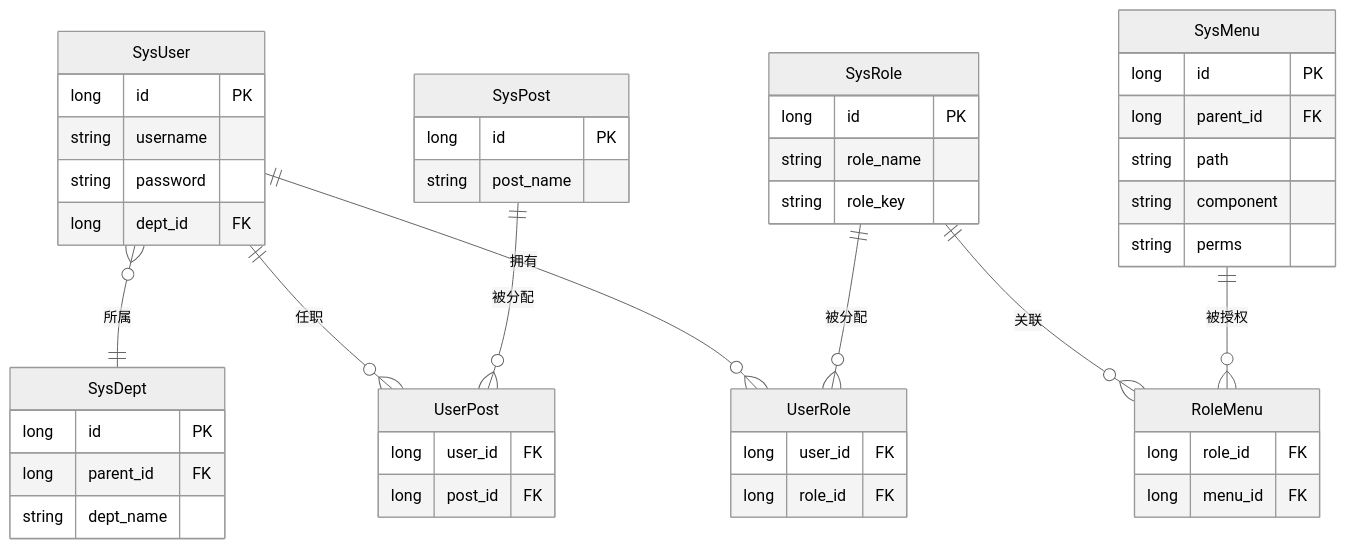
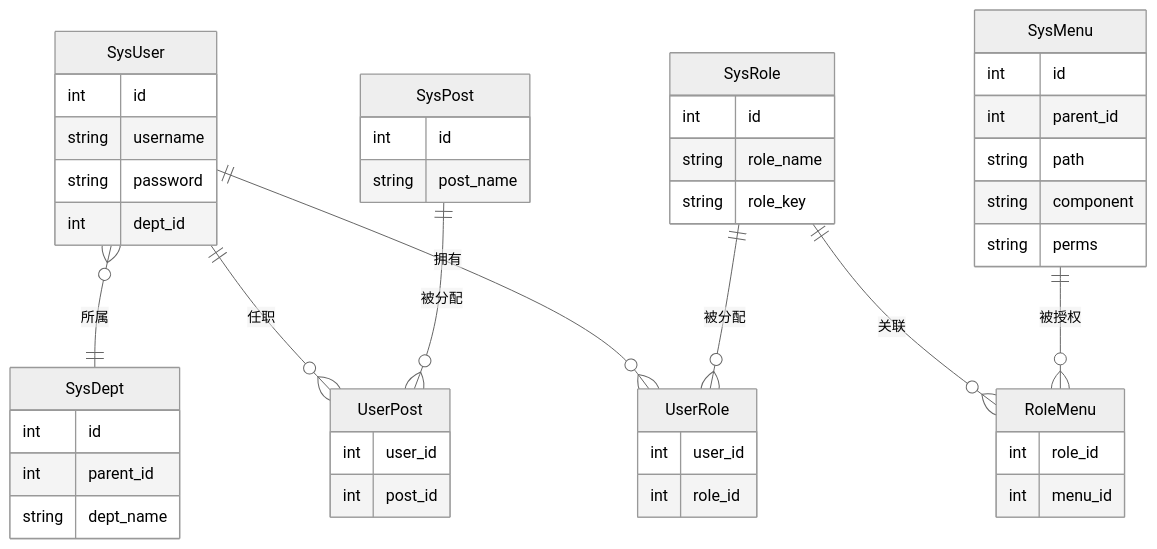
The second of 4 diagrams in doc/架构图与流程图.md (xinxin-star1998/star-pivot), drawn with Mermaid (neutral theme) before and after one commit. The commit also changed 7 other files, not shown here.

````diff
--- a/doc/架构图与流程图.md
+++ b/doc/架构图与流程图.md
@@ -110,57 +110,57 @@
 ```mermaid
 erDiagram
     SysUser ||--o{ UserRole : 拥有
     SysRole ||--o{ UserRole : 被分配
     SysRole ||--o{ RoleMenu : 关联
     SysMenu ||--o{ RoleMenu : 被授权
     SysUser ||--o{ UserPost : 任职
     SysPost ||--o{ UserPost : 被分配
     SysUser }o--|| SysDept : 所属
 
     SysUser {
-        long id PK
+        int id
         string username
         string password
-        long dept_id FK
+        int dept_id
     }
 
     SysRole {
-        long id PK
+        int id
         string role_name
         string role_key
     }
 
     SysMenu {
-        long id PK
-        long parent_id FK
+        int id
+        int parent_id
         string path
         string component
         string perms
     }
 
     UserRole {
-        long user_id FK
-        long role_id FK
+        int user_id
+        int role_id
     }
 
     RoleMenu {
-        long role_id FK
-        long menu_id FK
+        int role_id
+        int menu_id
     }
 
     SysDept {
-        long id PK
-        long parent_id FK
+        int id
+        int parent_id
         string dept_name
     }
 
     SysPost {
-        long id PK
+        int id
         string post_name
     }
 
     UserPost {
-        long user_id FK
-        long post_id FK
+        int user_id
+        int post_id
     }
 ```
````
